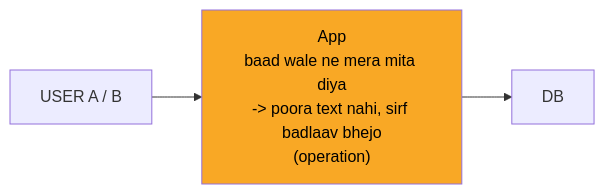
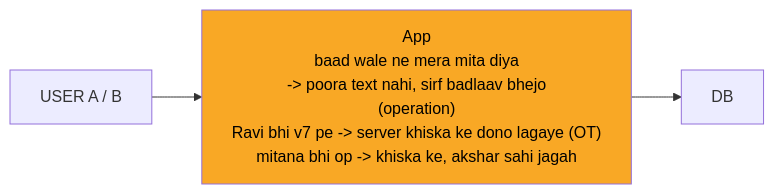
Before and after one commit to ArpanMaheshwari144/Prep: the second of 10 diagrams in 04_HLD/SYSTEM_DESIGNS/11_google_docs_collab/11_google_docs_collab.md, drawn with Mermaid. The commit also changed other lines of this file and 12 other files, not shown here.

Commit message:
hld 02-14: peele dabbe me SAFAR ke mod + diagram chauda (wrappingWidth 450)

````diff
--- a/04_HLD/SYSTEM_DESIGNS/11_google_docs_collab/11_google_docs_collab.md
+++ b/04_HLD/SYSTEM_DESIGNS/11_google_docs_collab/11_google_docs_collab.md
@@ -78,9 +79,10 @@
 ```mermaid
+%%{init: {"flowchart": {"wrappingWidth": 450}}}%%
 flowchart LR
     n_USER["USER A / B"]
-    n_App["App<br/>baad wale ne mera mita diya<br/>-> poora text nahi, sirf badlaav bhejo<br/>(operation)"]
+    n_App["App<br/>baad wale ne mera mita diya<br/>-> poora text nahi, sirf badlaav bhejo<br/>(operation)<br/>Ravi bhi v7 pe -> server khiska ke dono lagaye (OT)<br/>mitana bhi op -> khiska ke, akshar sahi jagah"]
     n_DB["DB"]
     n_USER --> n_App
     n_App --> n_DB
     style n_App fill:#f9a825,color:#000
 ```
````
